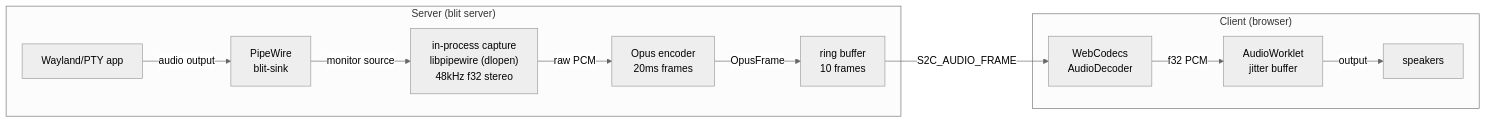
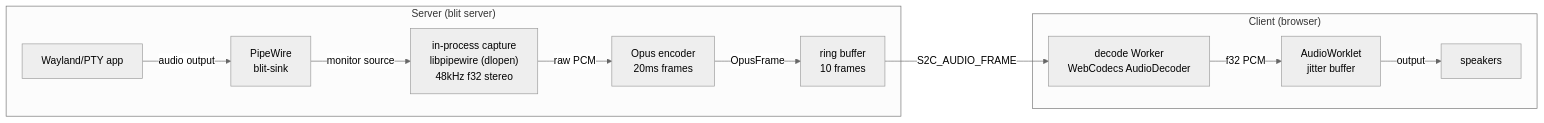
One commit to indent-com/blit changed the third of 4 diagrams in docs/server.md. Above: the diagram before and after it, drawn with Mermaid (neutral theme). The commit also changed other lines of this file and 3 other files, not shown here.

````diff
--- a/docs/server.md
+++ b/docs/server.md
@@ -230,14 +230,14 @@
 ```mermaid
 graph LR
     subgraph "Server (blit server)"
         App["Wayland/PTY app"] -->|"audio output"| PW["PipeWire<br/>blit-sink"]
         PW -->|"monitor source"| CAP["in-process capture<br/>libpipewire (dlopen)<br/>48kHz f32 stereo"]
         CAP -->|"raw PCM"| ENC["Opus encoder<br/>20ms frames"]
         ENC -->|"OpusFrame"| RING["ring buffer<br/>10 frames"]
     end
     subgraph "Client (browser)"
-        RING -->|"S2C_AUDIO_FRAME"| DEC["WebCodecs<br/>AudioDecoder"]
+        RING -->|"S2C_AUDIO_FRAME"| DEC["decode Worker<br/>WebCodecs AudioDecoder"]
         DEC -->|"f32 PCM"| WK["AudioWorklet<br/>jitter buffer"]
         WK -->|"output"| SPK["speakers"]
     end
 ```
````
